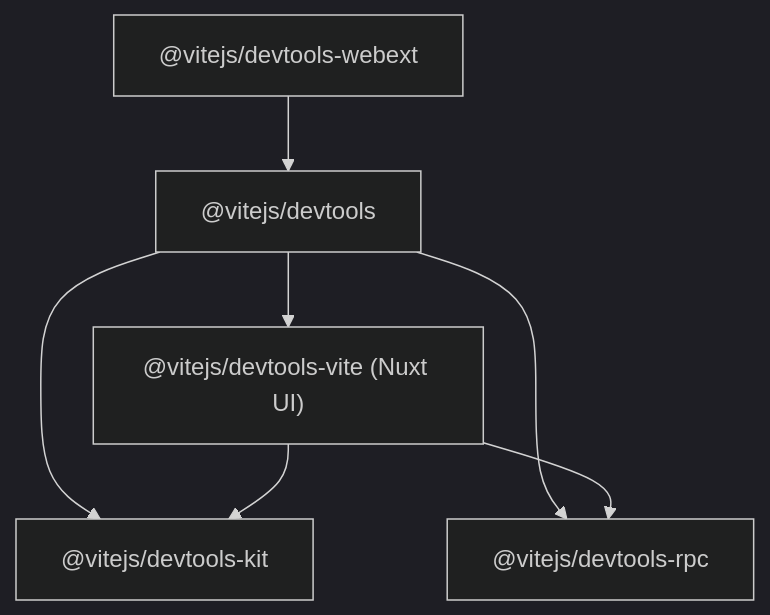
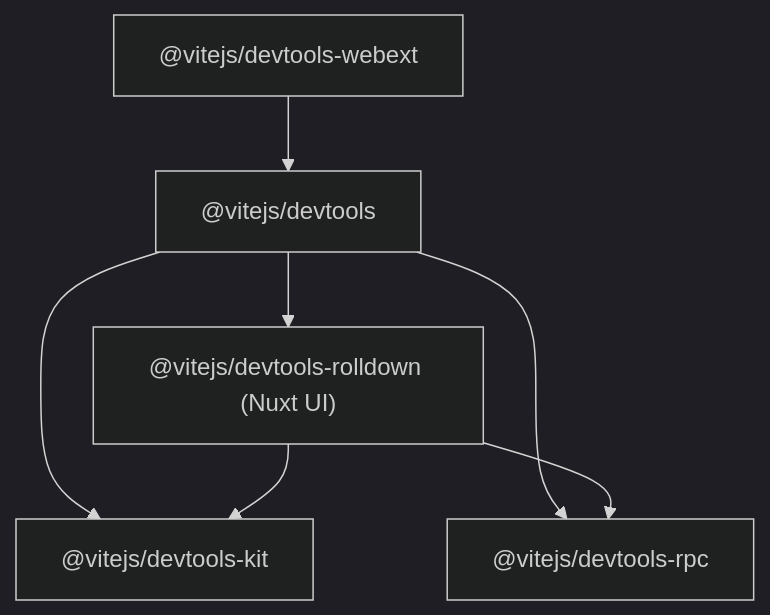
One commit to vitejs/devtools changed the diagram in AGENTS.md. Above: the diagram before and after it, drawn with Mermaid (dark theme). The commit also changed other lines of this file and 199 other files, not shown here.

Commit message:
feat: rename vite devtools to rolldown devtools (#169)

````diff
--- a/AGENTS.md
+++ b/AGENTS.md
@@ -17,9 +17,9 @@
 ```mermaid
 flowchart TD
   core["@vitejs/devtools"] --> kit["@vitejs/devtools-kit"]
   core --> rpc["@vitejs/devtools-rpc"]
-  core --> viteUI["@vitejs/devtools-vite (Nuxt UI)"]
-  viteUI --> kit
-  viteUI --> rpc
+  core --> rolldownUI["@vitejs/devtools-rolldown (Nuxt UI)"]
+  rolldownUI --> kit
+  rolldownUI --> rpc
   webext["@vitejs/devtools-webext"] --> core
 ```
````
